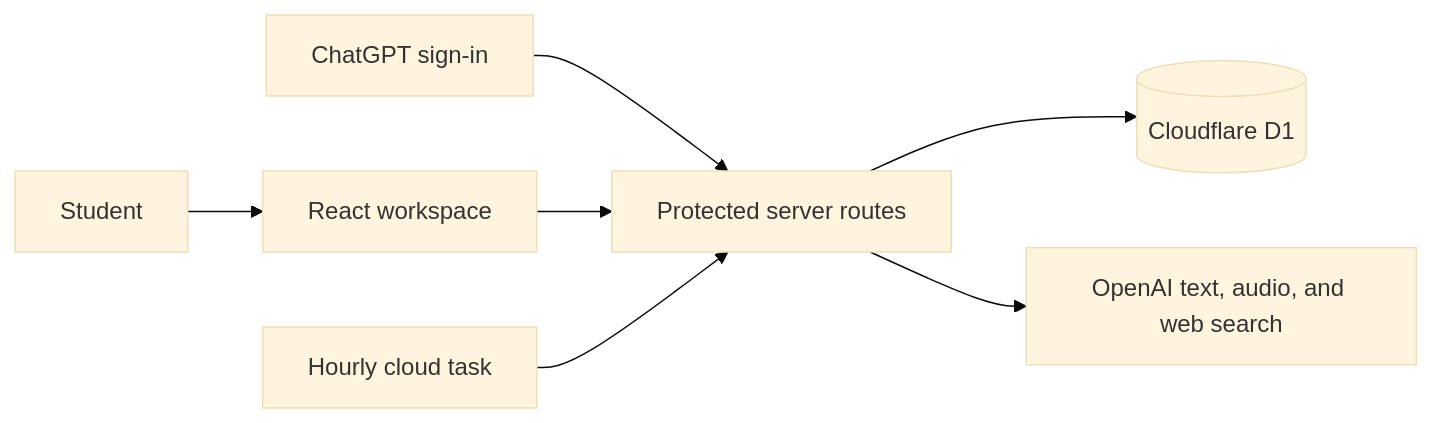
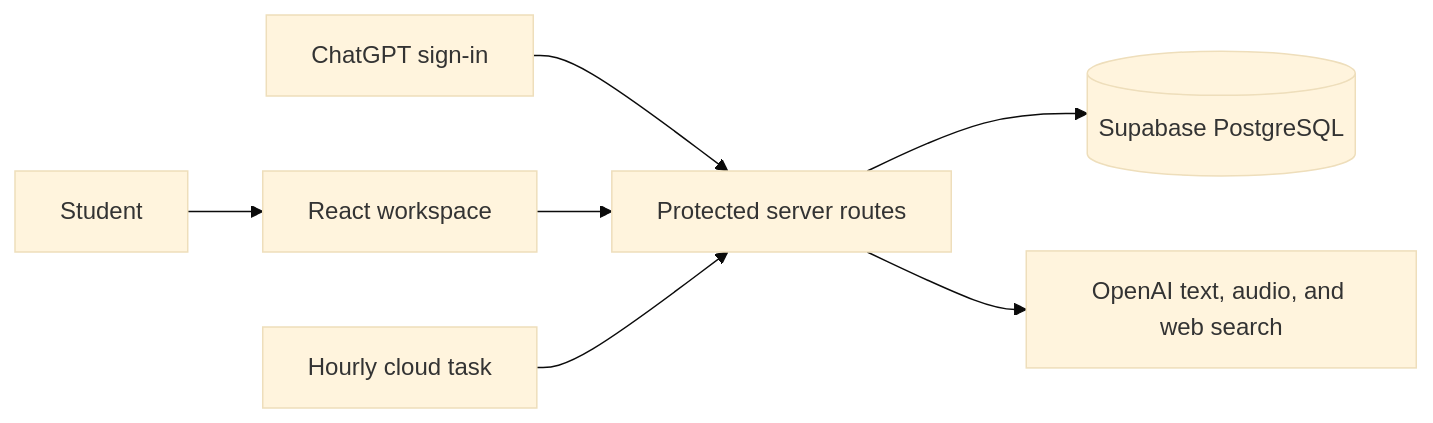
Before and after one commit to canihaveabagel/CoffeeLab: the diagram in README.md, drawn with Mermaid (base theme). The commit also changed other lines of this file, not shown here.

Commit message:
Document Supabase-backed hosted release

````diff
--- a/README.md
+++ b/README.md
@@ -75,9 +75,9 @@
 ```mermaid
 flowchart LR
     User[Student] --> UI[React workspace]
     Auth[ChatGPT sign-in] --> API[Protected server routes]
     UI --> API
-    API --> DB[(Cloudflare D1)]
+    API --> DB[(Supabase PostgreSQL)]
     API --> AI[OpenAI text, audio, and web search]
     Refresh[Hourly cloud task] --> API
 ```
````
